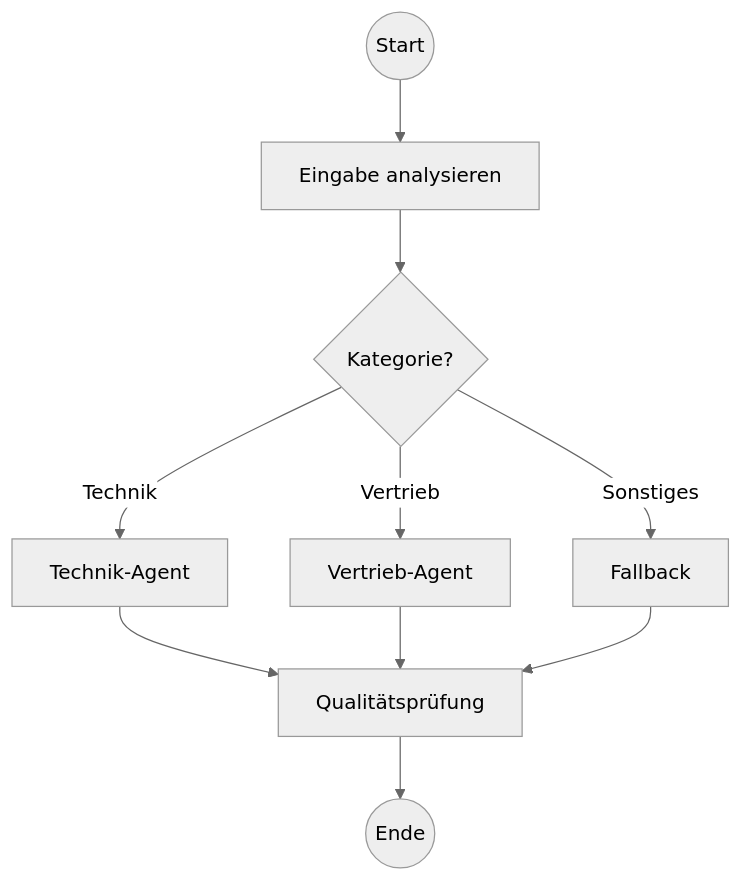
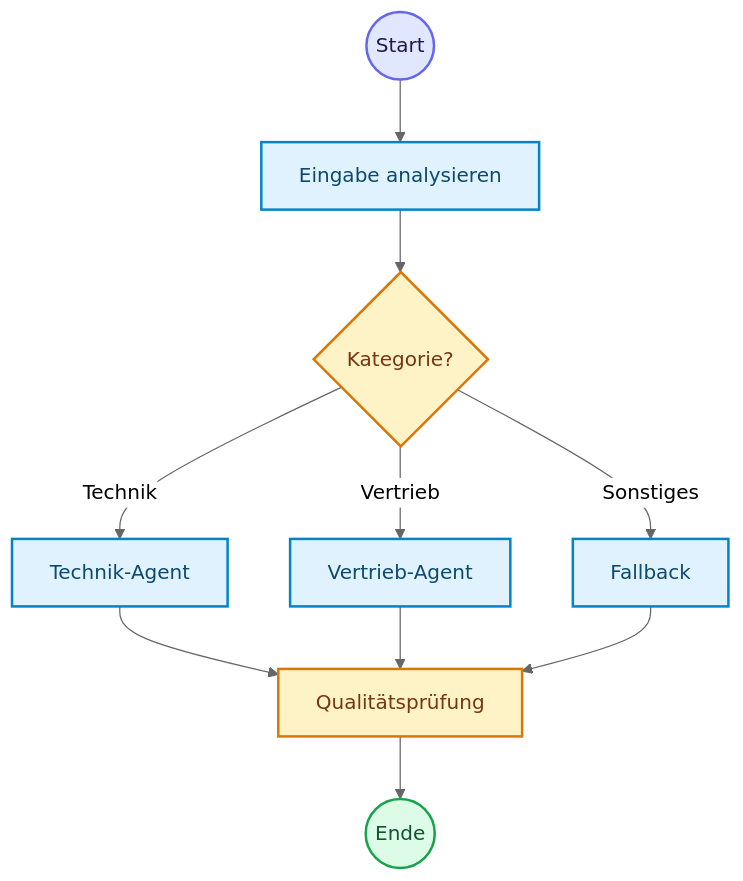
One commit to ralf-42/Agenten changed the seventh of 7 diagrams in docs/04-agenten-implementierung/entwurf/agent-architekturen.md. Above: the diagram before and after it, drawn with Mermaid (neutral theme). The commit also changed other lines of this file and 18 other files, not shown here.

````diff
--- a/docs/04-agenten-implementierung/entwurf/agent-architekturen.md
+++ b/docs/04-agenten-implementierung/entwurf/agent-architekturen.md
@@ -278,12 +338,21 @@
 ```mermaid
 flowchart TD
     START((Start)) --> A[Eingabe analysieren]
     A --> B{Kategorie?}
     B -->|Technik| C[Technik-Agent]
     B -->|Vertrieb| D[Vertrieb-Agent]
     B -->|Sonstiges| E[Fallback]
     C --> F[Qualitätsprüfung]
     D --> F
     E --> F
-    F --> END((Ende))
+    F --> FINISH((Ende))
+
+    classDef default fill:#e0f2fe,stroke:#0284c7,stroke-width:2px,color:#0c4a6e;
+    classDef input fill:#e0e7ff,stroke:#6366f1,stroke-width:2px,color:#1e1b4b;
+    classDef metric fill:#fef3c7,stroke:#d97706,stroke-width:2px,color:#78350f;
+    classDef output fill:#dcfce7,stroke:#16a34a,stroke-width:2px,color:#14532d;
+
+    class START input;
+    class B,F metric;
+    class FINISH output;
 ```
````
